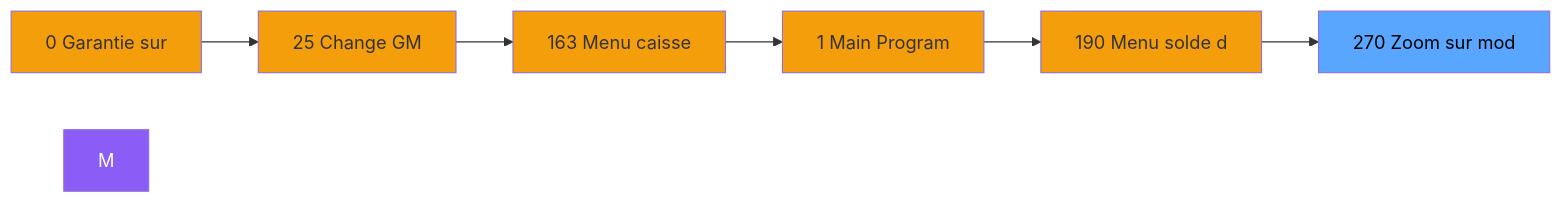
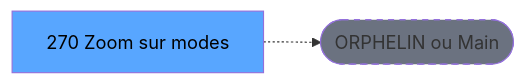
One commit to thonyAGP/lecteur-magic changed the second of 3 diagrams in .openspec/renders/ADH-IDE-270.md. Above: the diagram before and after it, drawn with Mermaid. The commit also changed other lines of this file and 701 other files, not shown here.

````diff
--- a/.openspec/renders/ADH-IDE-270.md
+++ b/.openspec/renders/ADH-IDE-270.md
@@ -113,21 +117,8 @@
 ```mermaid
 graph LR
-    N0[0 Garantie sur]
-    N25[25 Change GM]
-    N163[163 Menu caisse ]
-    N1[1 Main Program]
-    N190[190 Menu solde d]
-    T[270 Zoom sur mod]
-    N0 --> N25
-    N25 --> N163
-    N163 --> N1
-    N1 --> N190
-    N190 --> T
-    style M fill:#8b5cf6,color:#fff
-    style N0 fill:#f59e0b
-    style N25 fill:#f59e0b
-    style N163 fill:#f59e0b
-    style N1 fill:#f59e0b
-    style N190 fill:#f59e0b
+    T[270 Zoom sur modes ]
+    ORPHAN([ORPHELIN ou Main])
+    T -.-> ORPHAN
     style T fill:#58a6ff,color:#000
+    style ORPHAN fill:#6b7280,stroke-dasharray: 5 5
 ```
````
